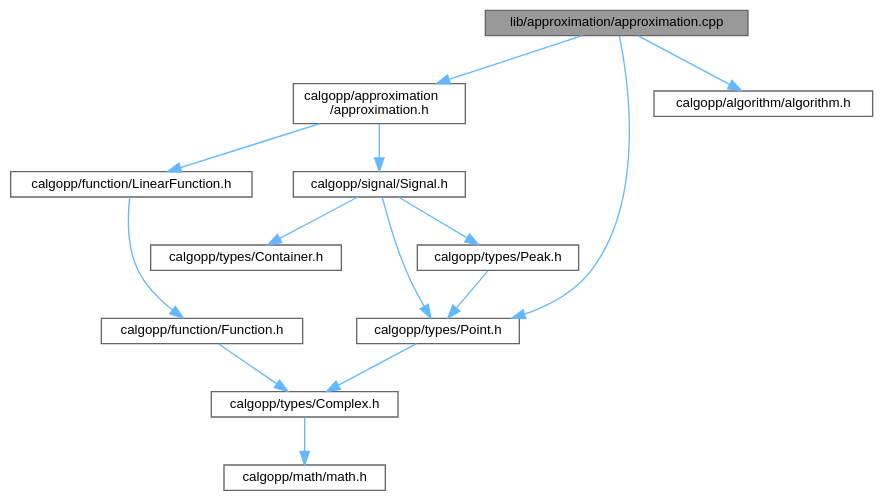
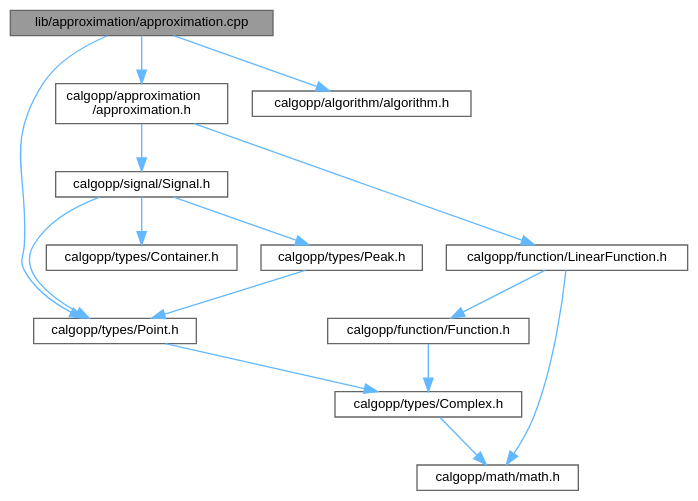
One commit to pawelekg95/algopp changed the diagram in approximation_8cpp__incl.dot. Above: the diagram before and after it, drawn with Graphviz. The commit also changed 31 other files, not shown here.

```diff
--- a/approximation_8cpp__incl.dot
+++ b/approximation_8cpp__incl.dot
@@ -1,31 +1,32 @@
 digraph "lib/approximation/approximation.cpp"
 {
  // LATEX_PDF_SIZE
   bgcolor="transparent";
   edge [fontname=Helvetica,fontsize=10,labelfontname=Helvetica,labelfontsize=10];
   node [fontname=Helvetica,fontsize=10,shape=box,height=0.2,width=0.4];
   Node1 [label="lib/approximation/approximation.cpp",height=0.2,width=0.4,color="gray40", fillcolor="grey60", style="filled", fontcolor="black",tooltip=" "];
   Node1 -> Node2 [color="steelblue1",style="solid"];
   Node2 [label="calgopp/approximation\l/approximation.h",height=0.2,width=0.4,color="grey40", fillcolor="white", style="filled",URL="$approximation_8h.html",tooltip=" "];
   Node2 -> Node3 [color="steelblue1",style="solid"];
   Node3 [label="calgopp/signal/Signal.h",height=0.2,width=0.4,color="grey40", fillcolor="white", style="filled",URL="$Signal_8h.html",tooltip=" "];
   Node3 -> Node4 [color="steelblue1",style="solid"];
   Node4 [label="calgopp/types/Point.h",height=0.2,width=0.4,color="grey40", fillcolor="white", style="filled",URL="$Point_8h.html",tooltip=" "];
   Node4 -> Node5 [color="steelblue1",style="solid"];
   Node5 [label="calgopp/types/Complex.h",height=0.2,width=0.4,color="grey40", fillcolor="white", style="filled",URL="$Complex_8h.html",tooltip=" "];
   Node5 -> Node6 [color="steelblue1",style="solid"];
   Node6 [label="calgopp/math/math.h",height=0.2,width=0.4,color="grey40", fillcolor="white", style="filled",URL="$math_8h.html",tooltip=" "];
   Node3 -> Node7 [color="steelblue1",style="solid"];
   Node7 [label="calgopp/types/Peak.h",height=0.2,width=0.4,color="grey40", fillcolor="white", style="filled",URL="$Peak_8h.html",tooltip=" "];
   Node7 -> Node4 [color="steelblue1",style="solid"];
   Node3 -> Node8 [color="steelblue1",style="solid"];
   Node8 [label="calgopp/types/Container.h",height=0.2,width=0.4,color="grey40", fillcolor="white", style="filled",URL="$Container_8h.html",tooltip=" "];
   Node2 -> Node9 [color="steelblue1",style="solid"];
   Node9 [label="calgopp/function/LinearFunction.h",height=0.2,width=0.4,color="grey40", fillcolor="white", style="filled",URL="$LinearFunction_8h.html",tooltip=" "];
   Node9 -> Node10 [color="steelblue1",style="solid"];
   Node10 [label="calgopp/function/Function.h",height=0.2,width=0.4,color="grey40", fillcolor="white", style="filled",URL="$Function_8h.html",tooltip=" "];
   Node10 -> Node5 [color="steelblue1",style="solid"];
+  Node9 -> Node6 [color="steelblue1",style="solid"];
   Node1 -> Node11 [color="steelblue1",style="solid"];
   Node11 [label="calgopp/algorithm/algorithm.h",height=0.2,width=0.4,color="grey40", fillcolor="white", style="filled",URL="$algorithm_8h.html",tooltip=" "];
   Node1 -> Node4 [color="steelblue1",style="solid"];
 }
```
